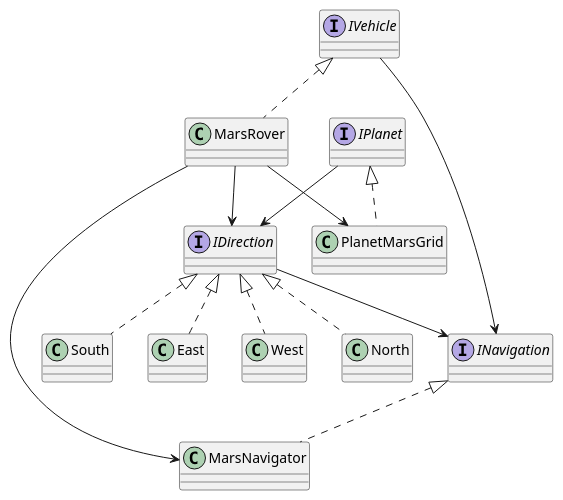
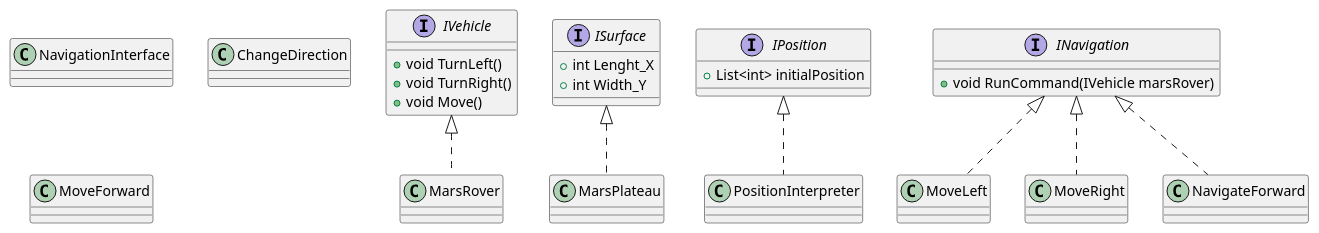
One commit to vahidkianfar/Mars-Rover-Project changed the diagram in Mars-Rover-Project/UML-Diagram/MarsRover.puml. Above: the diagram before and after it, drawn with PlantUML. The commit also changed 11 other files, not shown here.

Commit message:
Updated UML and changed code formatting.

```diff
--- a/Mars-Rover-Project/UML-Diagram/MarsRover.puml
+++ b/Mars-Rover-Project/UML-Diagram/MarsRover.puml
@@ -1,35 +1,38 @@
 @startuml "MarsRover-Kata-UML.png"
 
 interface IVehicle
+{
++ void TurnLeft()
++ void TurnRight()
++ void Move()
+}
 
-interface IPlanet
+interface ISurface
+{
++ int Lenght_X
++ int Width_Y
+}
 
-interface IDirection
+interface IPosition
+{
++ List<int> initialPosition
+}
 
 interface INavigation
-
-
-class PlanetMarsGrid implements IPlanet
-
-class East implements IDirection
-
-class West implements IDirection
-
-class North implements IDirection
-
-class South implements IDirection
-
-
-class MarsNavigator implements INavigation
+{
++ void RunCommand(IVehicle marsRover)
+}
 
 class MarsRover implements IVehicle
+class MarsPlateau implements ISurface
+class MoveLeft implements INavigation
+class MoveRight implements INavigation
+class PositionInterpreter implements IPosition
 
-IPlanet --> IDirection
-IVehicle --> INavigation
-IDirection  --> INavigation
-MarsRover --> MarsNavigator
-MarsRover --> IDirection
-MarsRover --> PlanetMarsGrid
+class NavigateForward implements INavigation
+class NavigationInterface
+class ChangeDirection
+class MoveForward
 
 
 @enduml
```
